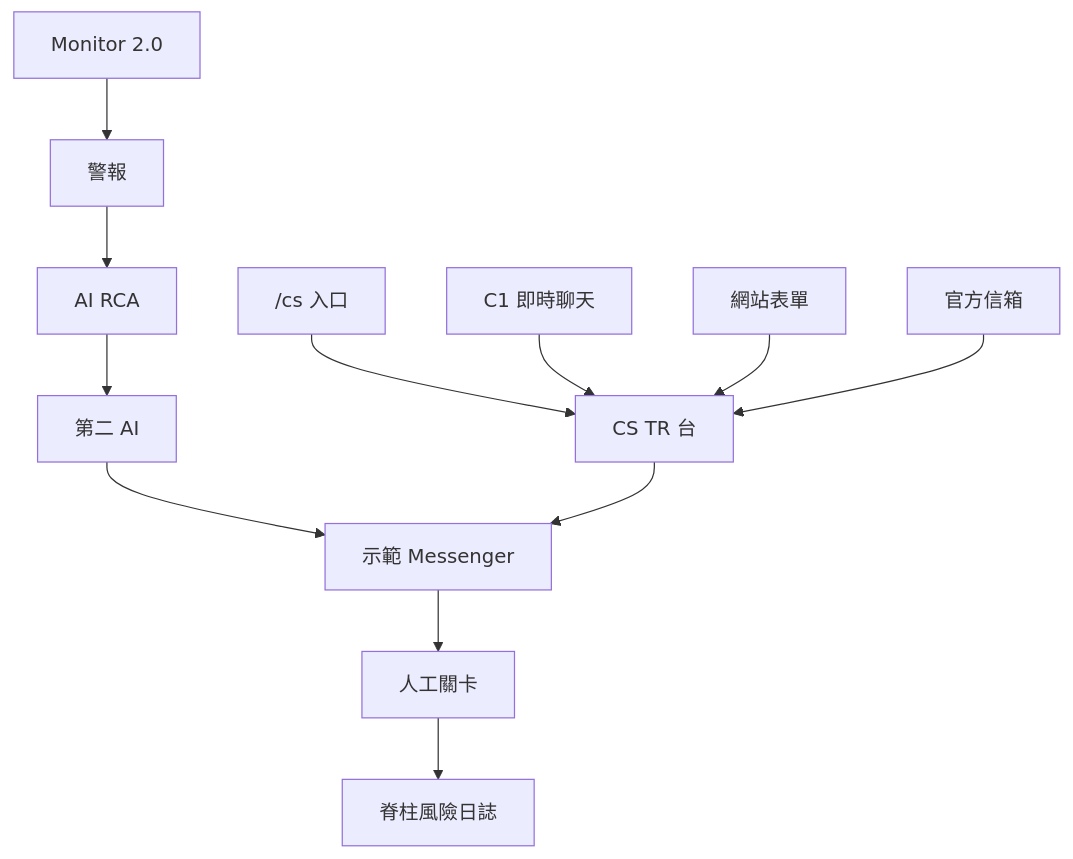
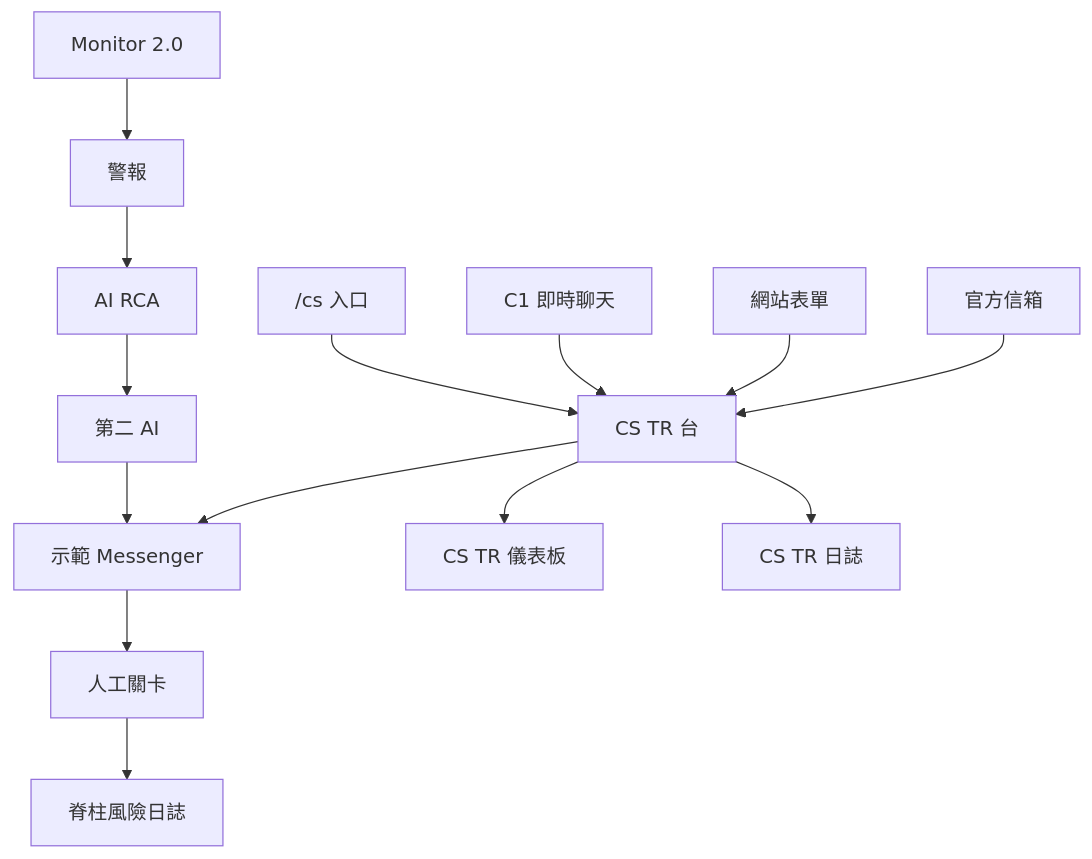
The first of 9 diagrams in platform/docs/TSD.zh-Hant.md (hxyan2020/PRD), drawn with Mermaid before and after one commit. The commit also changed other lines of this file and 35 other files, not shown here.

````diff
--- a/platform/docs/TSD.zh-Hant.md
+++ b/platform/docs/TSD.zh-Hant.md
@@ -50,14 +51,16 @@
 ```mermaid
 graph TD
   Mon[Monitor 2.0] --> Alarm[警報]
   Alarm --> Rca[AI RCA]
   Rca --> Ch[第二 AI]
   Ch --> Msg[示範 Messenger]
   Portal["/cs 入口"] --> Cs[CS TR 台]
   C1[C1 即時聊天] --> Cs
   Form[網站表單] --> Cs
   Mail[官方信箱] --> Cs
   Cs --> Msg
+  Cs --> Dash[CS TR 儀表板]
+  Cs --> Log[CS TR 日誌]
   Msg --> Gate[人工關卡]
   Gate --> Spine[脊柱風險日誌]
 ```
````
